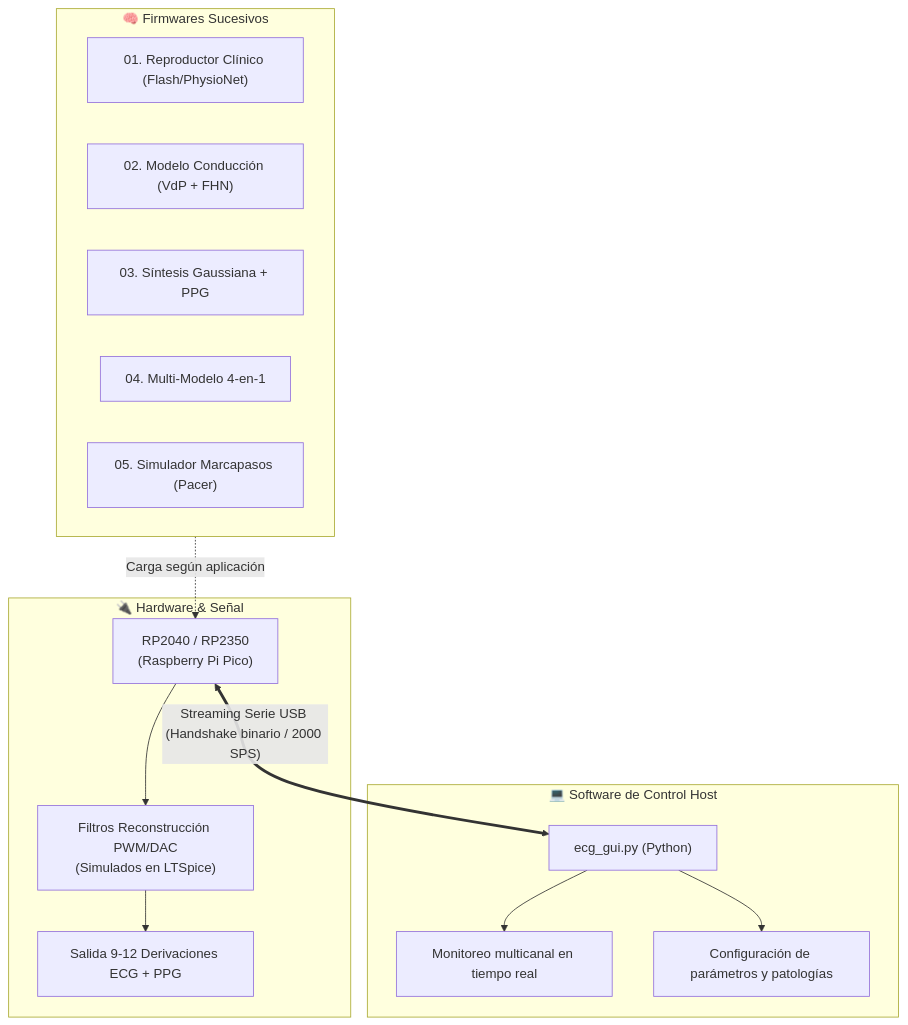
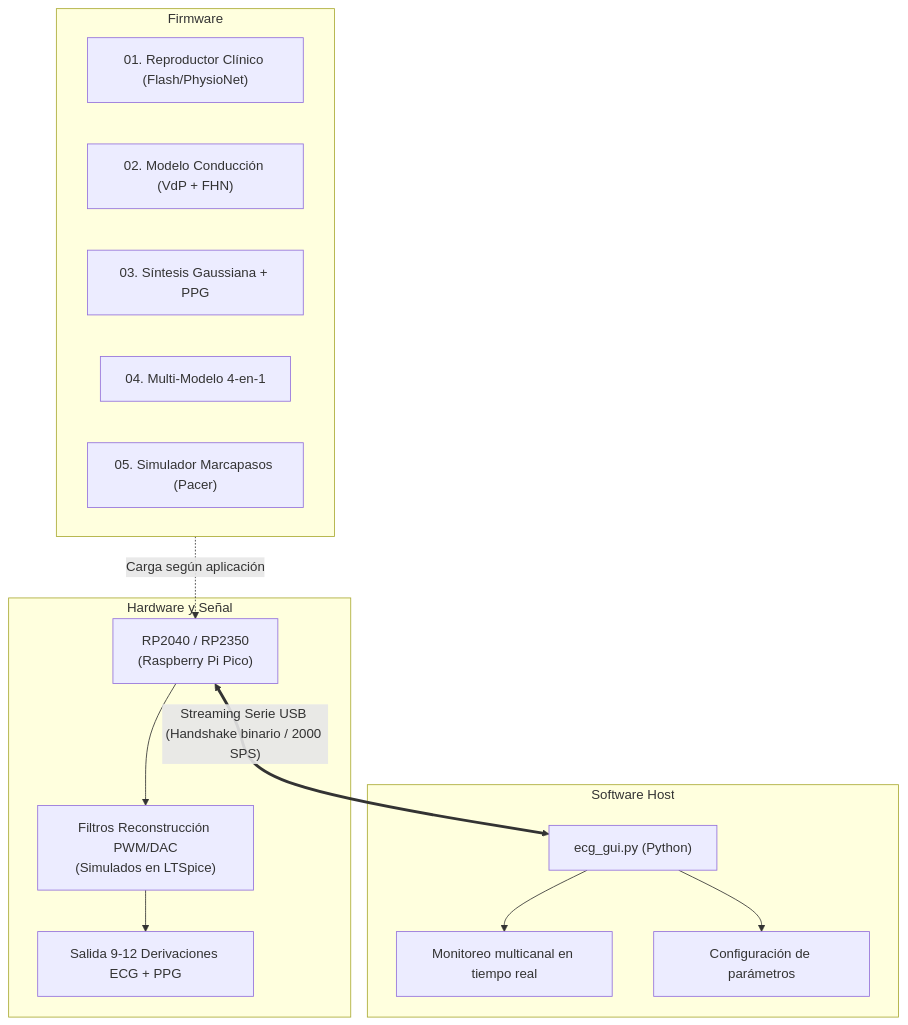
One commit to prototipado/ECG_Phantom changed the diagram in README.md. Above: the diagram before and after it, drawn with Mermaid. The commit also changed other lines of this file and 6 other files, not shown here.

````diff
--- a/README.md
+++ b/README.md
@@ -14,25 +12,25 @@
 ```mermaid
 flowchart TD
-    subgraph HW["🔌 Hardware & Señal"]
+    subgraph HW["Hardware y Señal"]
         MCU["RP2040 / RP2350<br/>(Raspberry Pi Pico)"]
         FILT["Filtros Reconstrucción PWM/DAC<br/>(Simulados en LTSpice)"]
         OUT["Salida 9-12 Derivaciones ECG + PPG"]
         MCU --> FILT --> OUT
     end
-    subgraph FW["🧠 Firmwares Sucesivos"]
+    subgraph FW["Firmware"]
         FW1["01. Reproductor Clínico (Flash/PhysioNet)"]
         FW2["02. Modelo Conducción (VdP + FHN)"]
         FW3["03. Síntesis Gaussiana + PPG"]
         FW4["04. Multi-Modelo 4-en-1"]
         FW5["05. Simulador Marcapasos (Pacer)"]
     end
     FW -.->|Carga según aplicación| MCU
-    subgraph SW["💻 Software de Control Host"]
+    subgraph SW["Software Host"]
         PY["ecg_gui.py (Python)"]
         PLOT["Monitoreo multicanal en tiempo real"]
-        CFG["Configuración de parámetros y patologías"]
+        CFG["Configuración de parámetros"]
         PY --> PLOT
         PY --> CFG
     end
     MCU <== "Streaming Serie USB (Handshake binario / 2000 SPS)" ==> PY
 ```
````
